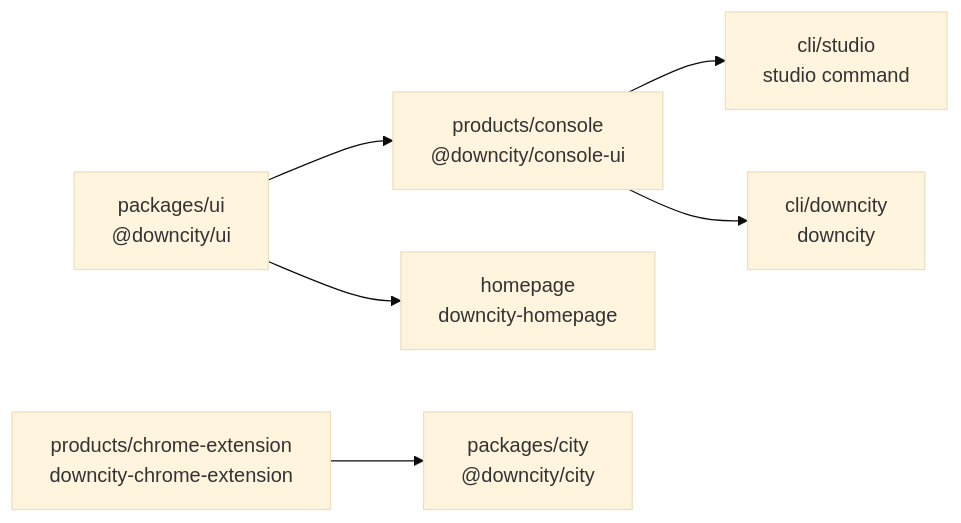
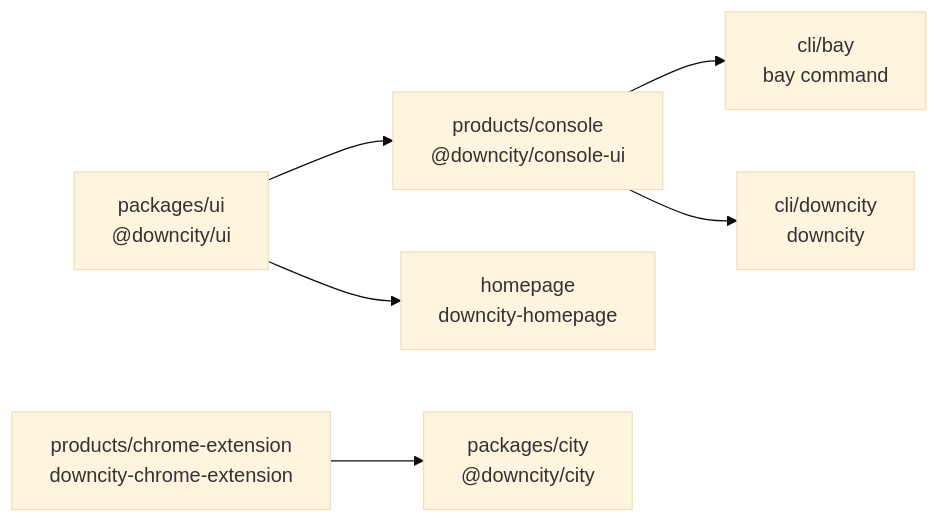
One commit to wangenius/downcity changed the second of 4 diagrams in homepage/content/devdocs/zh/architecture/workspace-package-structure.mdx. Above: the diagram before and after it, drawn with Mermaid (base theme). The commit also changed other lines of this file and 299 other files, not shown here.

Commit message:
feat(city): rename studio domain to bay

````diff
--- a/homepage/content/devdocs/zh/architecture/workspace-package-structure.mdx
+++ b/homepage/content/devdocs/zh/architecture/workspace-package-structure.mdx
@@ -111,16 +111,16 @@
 ```mermaid
 flowchart LR
     UI["packages/ui<br/>@downcity/ui"]
     Console["products/console<br/>@downcity/console-ui"]
     Homepage["homepage<br/>downcity-homepage"]
-    StudioCli["cli/studio<br/>studio command"]
+    BayCli["cli/bay<br/>bay command"]
     Runtime["packages/city<br/>@downcity/city"]
     CliBundle["cli/downcity<br/>downcity"]
     Extension["products/chrome-extension<br/>downcity-chrome-extension"]
 
     UI --> Console
     UI --> Homepage
-    Console --> StudioCli
+    Console --> BayCli
     Console --> CliBundle
     Extension --> Runtime
 ```
````
